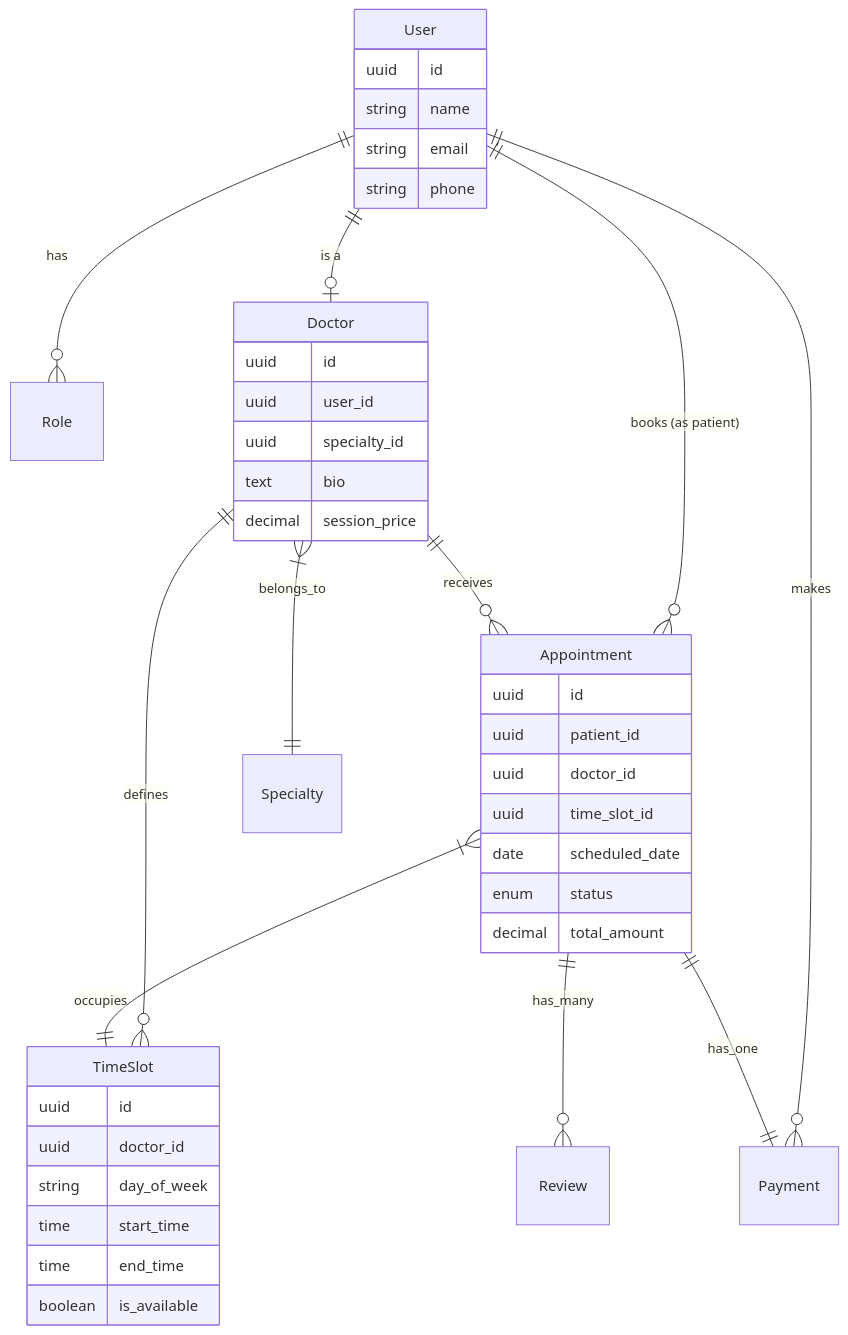
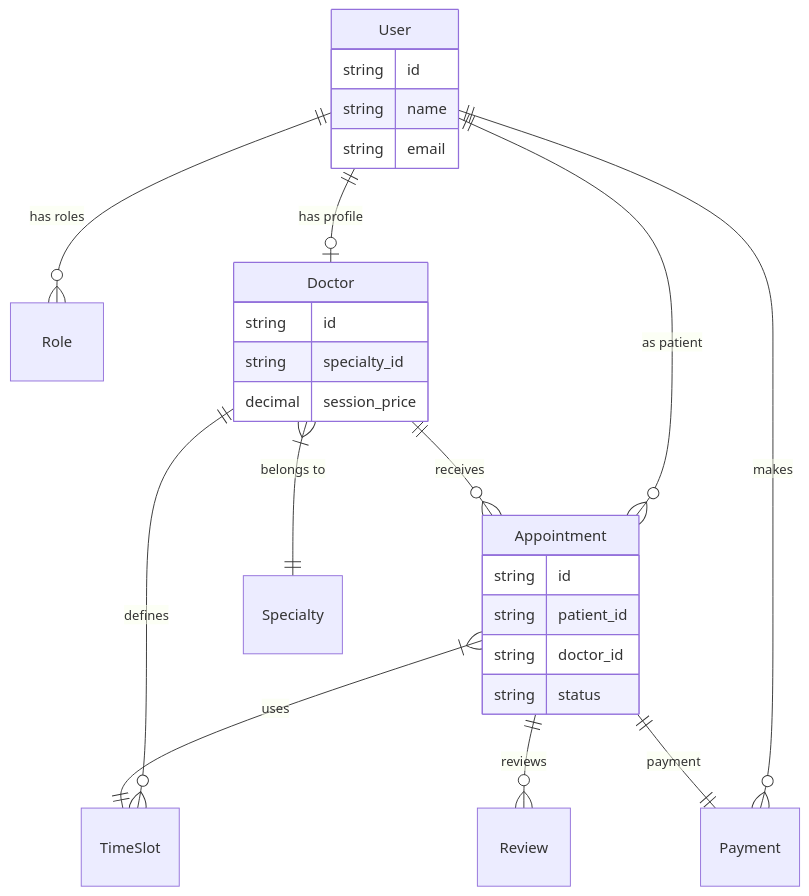
The diagram in README.md (MohammedTaha187/Doctor-Booking-API), drawn with Mermaid before and after one commit.

Commit message:
docs: fix mermaid diagram rendering syntax

````diff
--- a/README.md
+++ b/README.md
@@ -23,49 +23,32 @@
 ```mermaid
 erDiagram
-    User ||--o{ Role : has
-    User ||--o| Doctor : "is a"
-    User ||--o{ Appointment : "books (as patient)"
+    User ||--o{ Role : "has roles"
+    User ||--o| Doctor : "has profile"
+    User ||--o{ Appointment : "as patient"
     User ||--o{ Payment : "makes"
     
-    Doctor ||--o{ TimeSlot : "defines"
-    Doctor ||--o{ Appointment : "receives"
-    Doctor }|--|| Specialty : belongs_to
+    Doctor ||--o{ TimeSlot : defines
+    Doctor ||--o{ Appointment : receives
+    Doctor }|--|| Specialty : "belongs to"
     
-    Appointment ||--|| Payment : has_one
-    Appointment ||--o{ Review : has_many
-    Appointment }|--|| TimeSlot : occupies
-    
+    Appointment ||--|| Payment : payment
+    Appointment ||--o{ Review : reviews
+    Appointment }|--|| TimeSlot : uses
+
     User {
-        uuid id
+        string id
         string name
         string email
-        string phone
     }
-    
     Doctor {
-        uuid id
-        uuid user_id
-        uuid specialty_id
-        text bio
+        string id
+        string specialty_id
         decimal session_price
     }
-    
     Appointment {
-        uuid id
-        uuid patient_id
-        uuid doctor_id
-        uuid time_slot_id
-        date scheduled_date
-        enum status
-        decimal total_amount
-    }
-    
-    TimeSlot {
-        uuid id
-        uuid doctor_id
-        string day_of_week
-        time start_time
-        time end_time
-        boolean is_available
+        string id
+        string patient_id
+        string doctor_id
+        string status
     }
 ```
````
